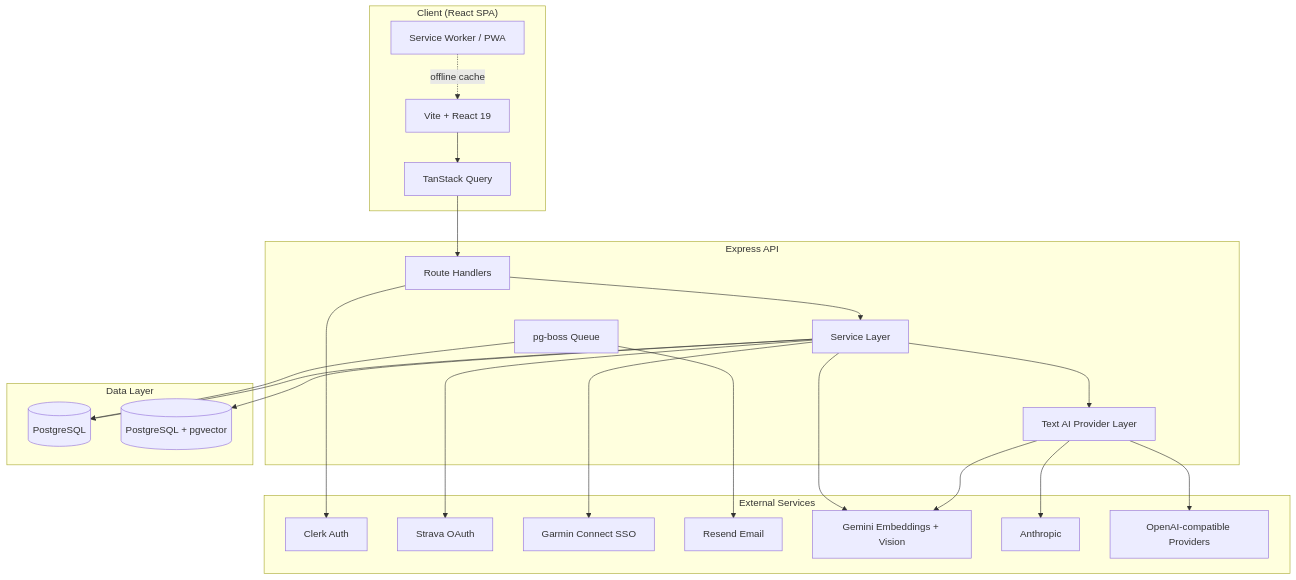
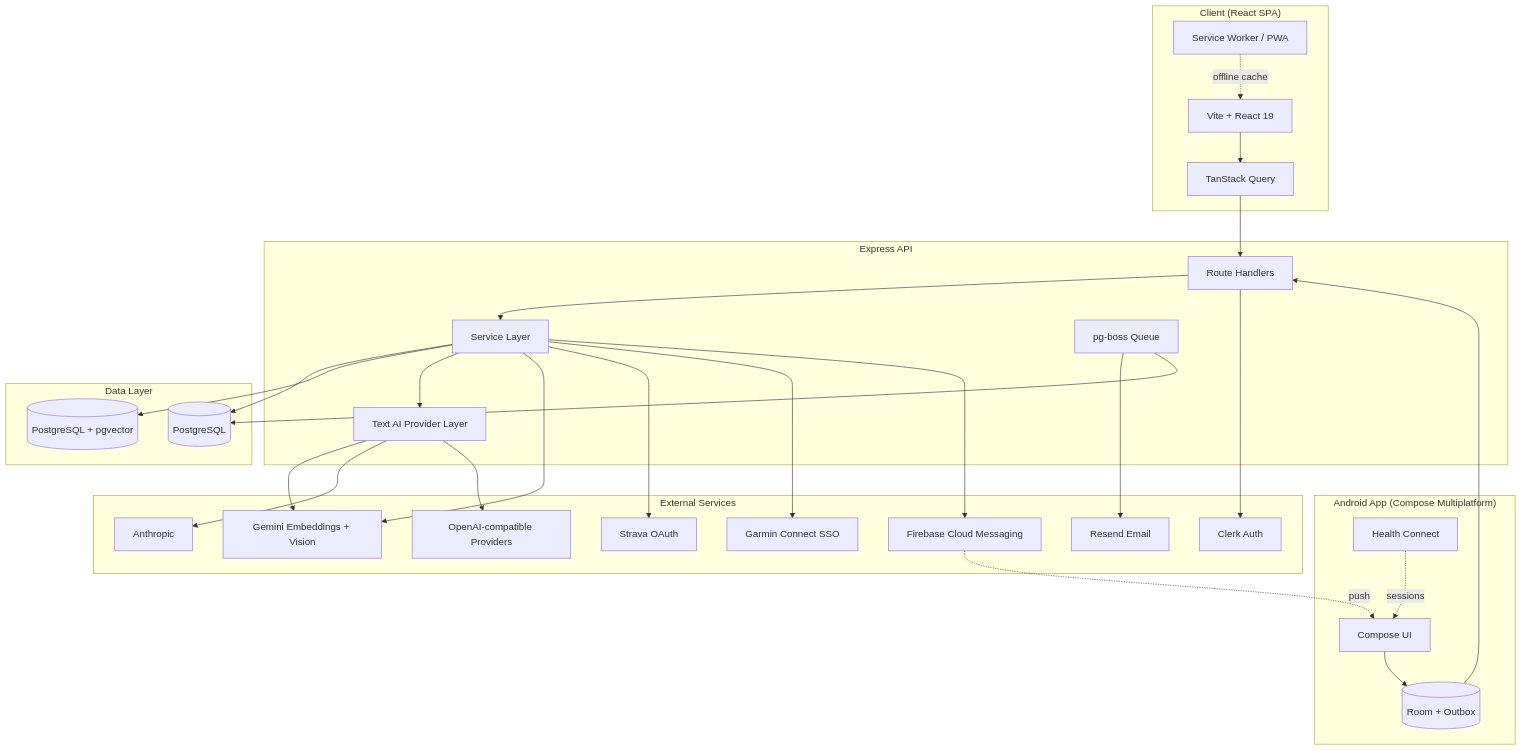
Before and after one commit to daler91/Hyrox-Companion: the first of 2 diagrams in README.md, drawn with Mermaid. The commit also changed other lines of this file and 4 other files, not shown here.

First line of the commit message:
Docs: README covers the Android app; registers and database doc reconciled

````diff
--- a/README.md
+++ b/README.md
@@ -162,46 +178,57 @@
 ```mermaid
 flowchart TB
     subgraph Client["Client (React SPA)"]
         UI["Vite + React 19"]
         TQ["TanStack Query"]
         SW["Service Worker / PWA"]
+    end
+
+    subgraph Mobile["Android App (Compose Multiplatform)"]
+        AppUI["Compose UI"]
+        Room[("Room + Outbox")]
+        HC["Health Connect"]
     end
 
     subgraph Server["Express API"]
         API["Route Handlers"]
         Services["Service Layer"]
         TextAI["Text AI Provider Layer"]
         Queue["pg-boss Queue"]
     end
 
     subgraph Data["Data Layer"]
         PG[("PostgreSQL")]
         PGV[("PostgreSQL + pgvector")]
     end
 
     subgraph External["External Services"]
         Clerk["Clerk Auth"]
         Strava["Strava OAuth"]
         Garmin["Garmin Connect SSO"]
         Resend["Resend Email"]
+        FCM["Firebase Cloud Messaging"]
         Gemini["Gemini Embeddings + Vision"]
         Anthropic["Anthropic"]
         OpenAICompatible["OpenAI-compatible Providers"]
     end
 
     UI --> TQ --> API
     SW -. "offline cache" .-> UI
+    AppUI --> Room --> API
+    HC -. "sessions" .-> AppUI
     API --> Services
     Services --> PG
     Services --> PGV
     Services --> TextAI
     TextAI --> Gemini
     TextAI --> Anthropic
     TextAI --> OpenAICompatible
     Services --> Gemini
     API --> Clerk
     Services --> Strava
     Services --> Garmin
     Queue --> Resend
     Queue --> PG
+    Services --> FCM
+    FCM -. "push" .-> AppUI
 ```
````
